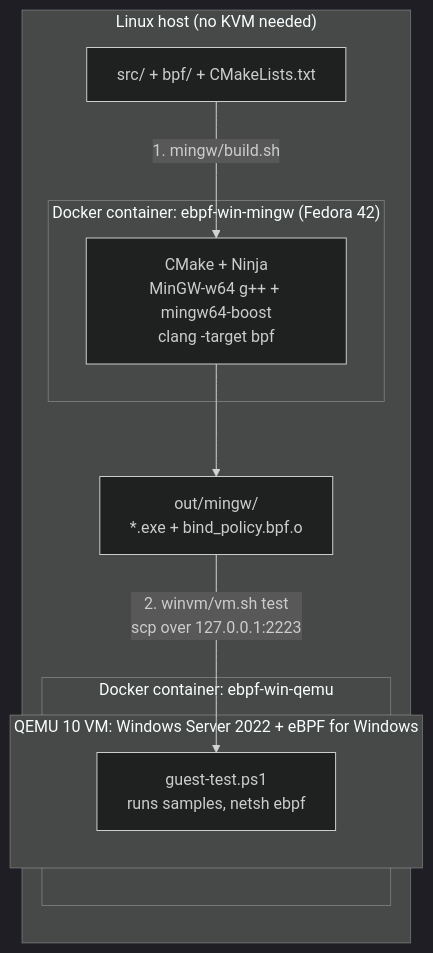
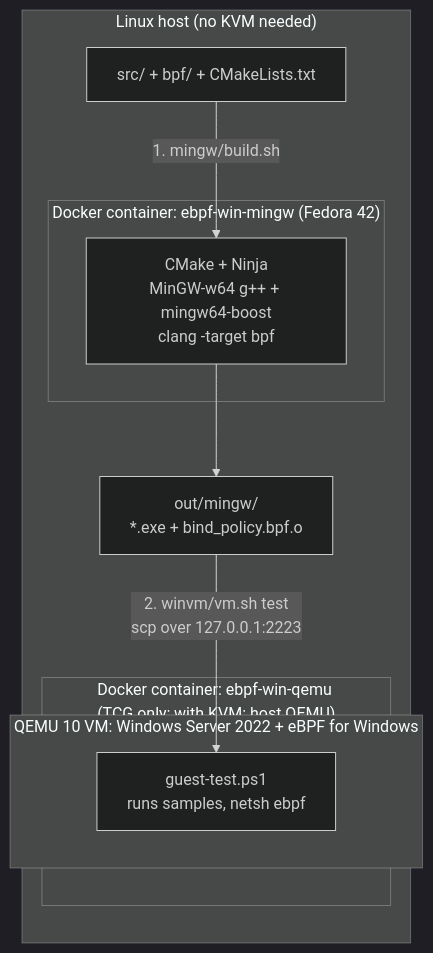
One commit to JohnBlue-git/Windows-eBPF-Sandbox changed the first of 3 diagrams in README.md. Above: the diagram before and after it, drawn with Mermaid (dark theme). The commit also changed other lines of this file and 21 other files, not shown here.

````diff
--- a/README.md
+++ b/README.md
@@ -46,17 +51,17 @@
 ```mermaid
 flowchart LR
     subgraph HOST["Linux host (no KVM needed)"]
         SRC["src/ + bpf/ + CMakeLists.txt"]
         subgraph C1["Docker container: ebpf-win-mingw (Fedora 42)"]
             MINGW["CMake + Ninja<br/>MinGW-w64 g++ + mingw64-boost<br/>clang -target bpf"]
         end
         OUT["out/mingw/<br/>*.exe + bind_policy.bpf.o"]
-        subgraph C2["Docker container: ebpf-win-qemu"]
+        subgraph C2["Docker container: ebpf-win-qemu<br/>(TCG only; with KVM: host QEMU)"]
             subgraph VM["QEMU 10 VM: Windows Server 2022 + eBPF for Windows"]
                 RUN["guest-test.ps1<br/>runs samples, netsh ebpf"]
             end
         end
     end
     SRC -->|"1. mingw/build.sh"| MINGW --> OUT
     OUT -->|"2. winvm/vm.sh test<br/>scp over 127.0.0.1:2223"| RUN
 ```
````
